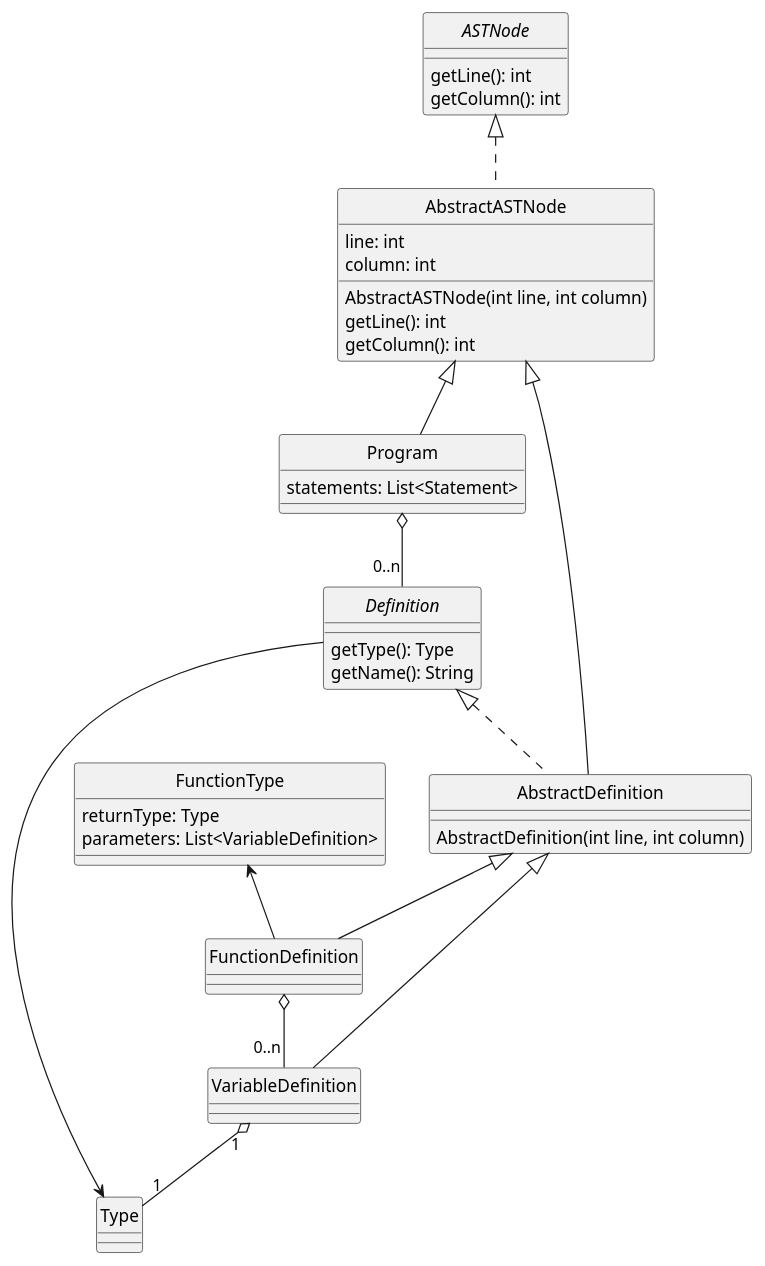
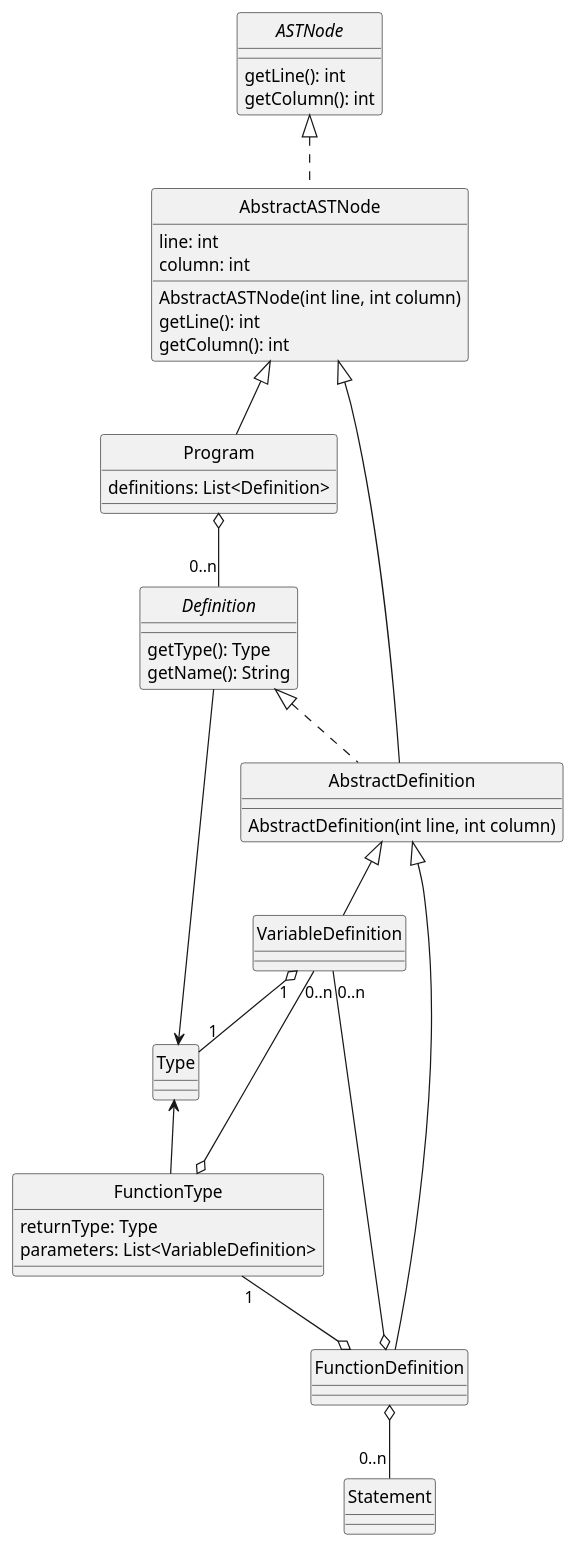
The diagram in docs/diagrams/program.plantuml (Diecaal/Elixir-Compiler), drawn with PlantUML before and after one commit. The commit also changed 5 other files, not shown here.

Commit message:
Update UML

```diff
--- a/docs/diagrams/program.plantuml
+++ b/docs/diagrams/program.plantuml
@@ -1,61 +1,65 @@
 @startuml Program
 skinparam style strictuml
 skinparam monochrome true
 
 
 interface ASTNode {
     getLine(): int
     getColumn(): int
 }
 
 class AbstractASTNode {
     AbstractASTNode(int line, int column)
     getLine(): int
     getColumn(): int
     line: int
     column: int
 }
 
 class Program {
-    statements: List<Statement>
+    definitions: List<Definition>
 }
 
 interface Definition {
     getType(): Type
     getName(): String
 }
 
 class AbstractDefinition {
     AbstractDefinition(int line, int column)
 }
 
 class VariableDefinition
 class FunctionDefinition
 class Type
 
 class FunctionType {
     returnType: Type
     parameters: List<VariableDefinition>
 }
 
 ASTNode <|.. AbstractASTNode
 
 AbstractASTNode <|-- Program
 AbstractASTNode <|-- AbstractDefinition
 
 Definition <|.. AbstractDefinition
 
 Program o-- "0..n" Definition
 
 AbstractDefinition <|-- FunctionDefinition
 AbstractDefinition <|-- VariableDefinition
 
 Type <-- Definition
+Type <-- FunctionType
 
-FunctionType <-- FunctionDefinition
+FunctionType "1" --o FunctionDefinition
 
 VariableDefinition "1" o-- "1" Type
 
 FunctionDefinition o-- "0..n"  VariableDefinition
+FunctionDefinition o-- "0..n"  Statement
+
+FunctionType o-- "0..n" VariableDefinition
 
 @enduml
```
